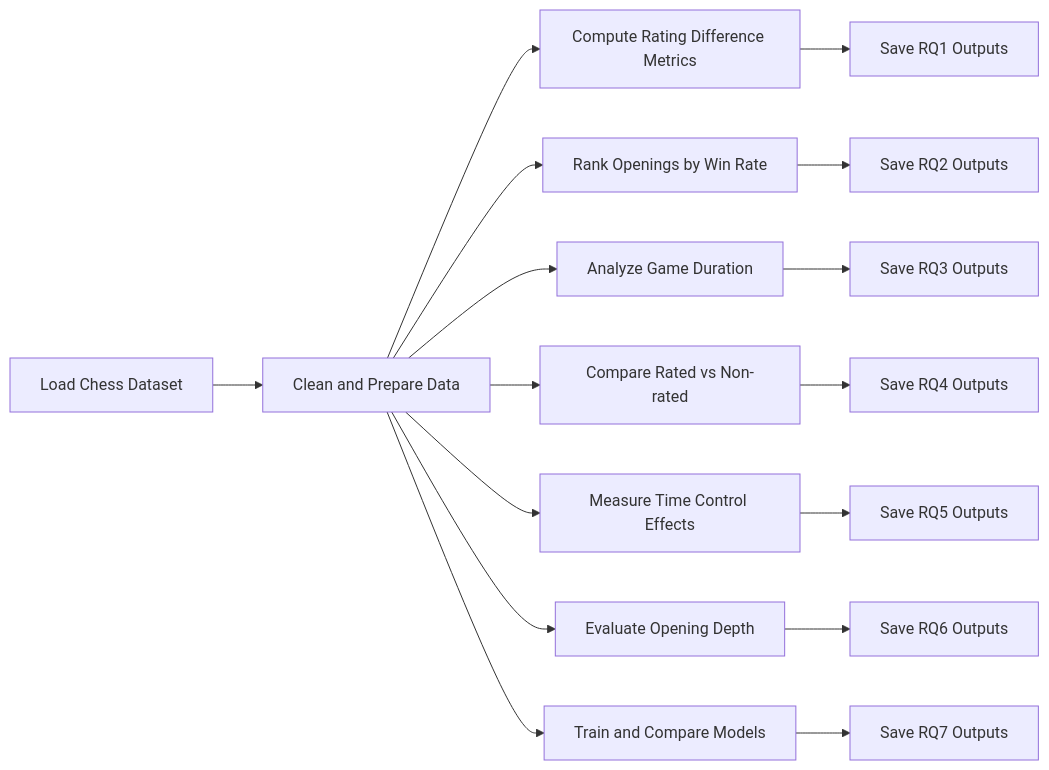
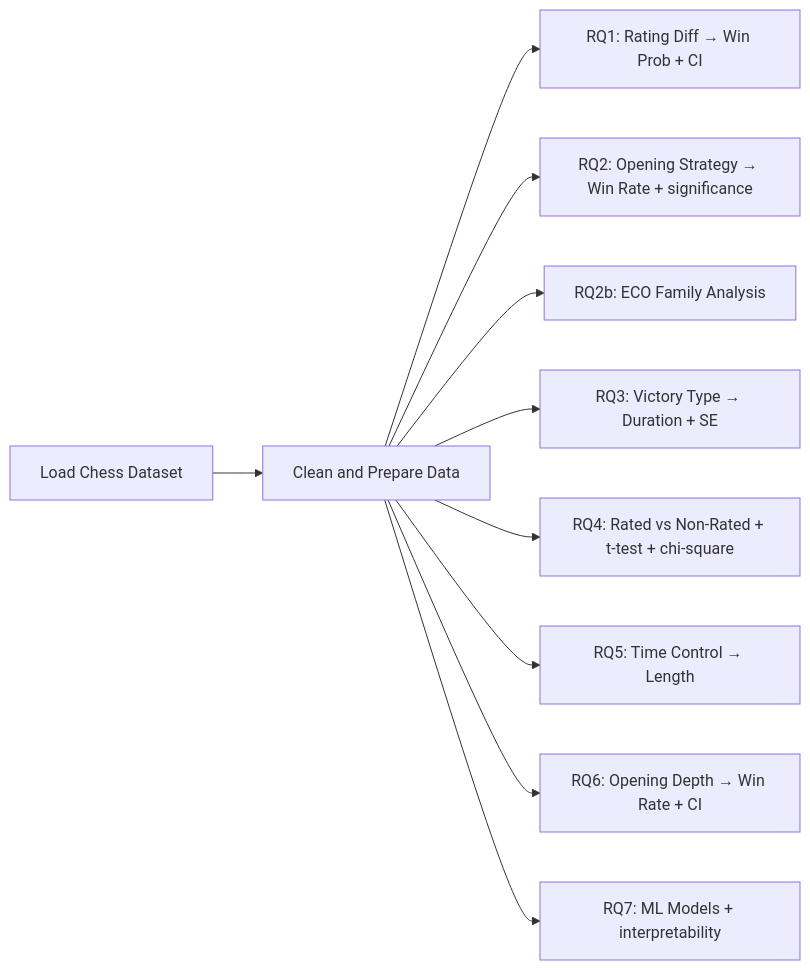
The diagram in README.md (21jordanj-JOJE/chessdataset-ml-project), drawn with Mermaid before and after one commit. The commit also changed other lines of this file and 3 other files, not shown here.

````diff
--- a/README.md
+++ b/README.md
@@ -28,18 +66,12 @@
 ```mermaid
 flowchart LR
     A[Load Chess Dataset] --> B[Clean and Prepare Data]
-    B --> C[Compute Rating Difference Metrics]
-    B --> D[Rank Openings by Win Rate]
-    B --> E[Analyze Game Duration]
-    B --> F[Compare Rated vs Non-rated]
-    B --> G[Measure Time Control Effects]
-    B --> H[Evaluate Opening Depth]
-    B --> I[Train and Compare Models]
-    C --> J[Save RQ1 Outputs]
-    D --> K[Save RQ2 Outputs]
-    E --> L[Save RQ3 Outputs]
-    F --> M[Save RQ4 Outputs]
-    G --> N[Save RQ5 Outputs]
-    H --> O[Save RQ6 Outputs]
-    I --> P[Save RQ7 Outputs]
+    B --> C[RQ1: Rating Diff → Win Prob + CI]
+    B --> D[RQ2: Opening Strategy → Win Rate + significance]
+    B --> E[RQ2b: ECO Family Analysis]
+    B --> F[RQ3: Victory Type → Duration + SE]
+    B --> G[RQ4: Rated vs Non-Rated + t-test + chi-square]
+    B --> H[RQ5: Time Control → Length]
+    B --> I[RQ6: Opening Depth → Win Rate + CI]
+    B --> J[RQ7: ML Models + interpretability]
 ```
````
